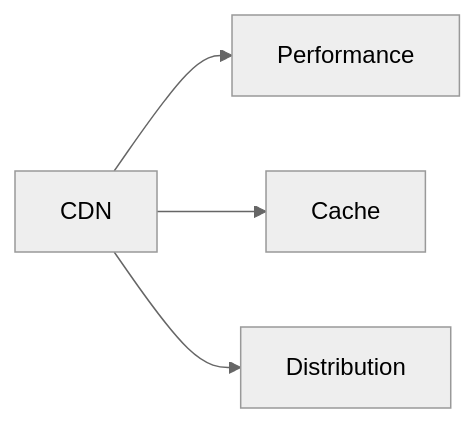
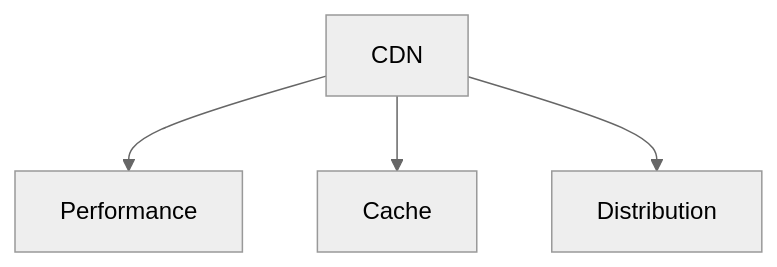
One commit to zyrass/omnydocs changed the sixth of 41 diagrams in docs/glossaire/developpement-web.md. Above: the diagram before and after it, drawn with Mermaid (neutral theme). The commit also changed other lines of this file and 1780 other files, not shown here.

````diff
--- a/docs/glossaire/developpement-web.md
+++ b/docs/glossaire/developpement-web.md
@@ -125,6 +151,6 @@
-    ```mermaid
-    graph LR
-        A[CDN] --> B[Performance]
-        A --> C[Cache]
-        A --> D[Distribution]
-    ```
+```mermaid
+graph TB
+    A[CDN] --> B[Performance]
+    A --> C[Cache]
+    A --> D[Distribution]
+```
````
